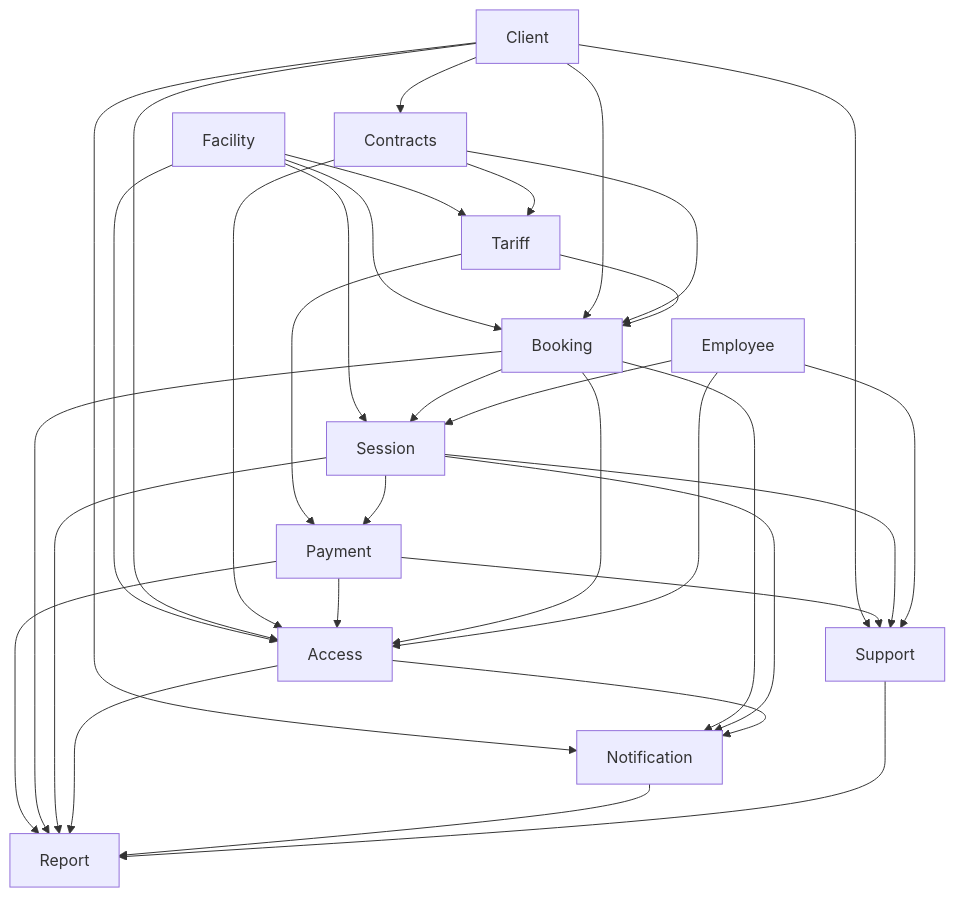
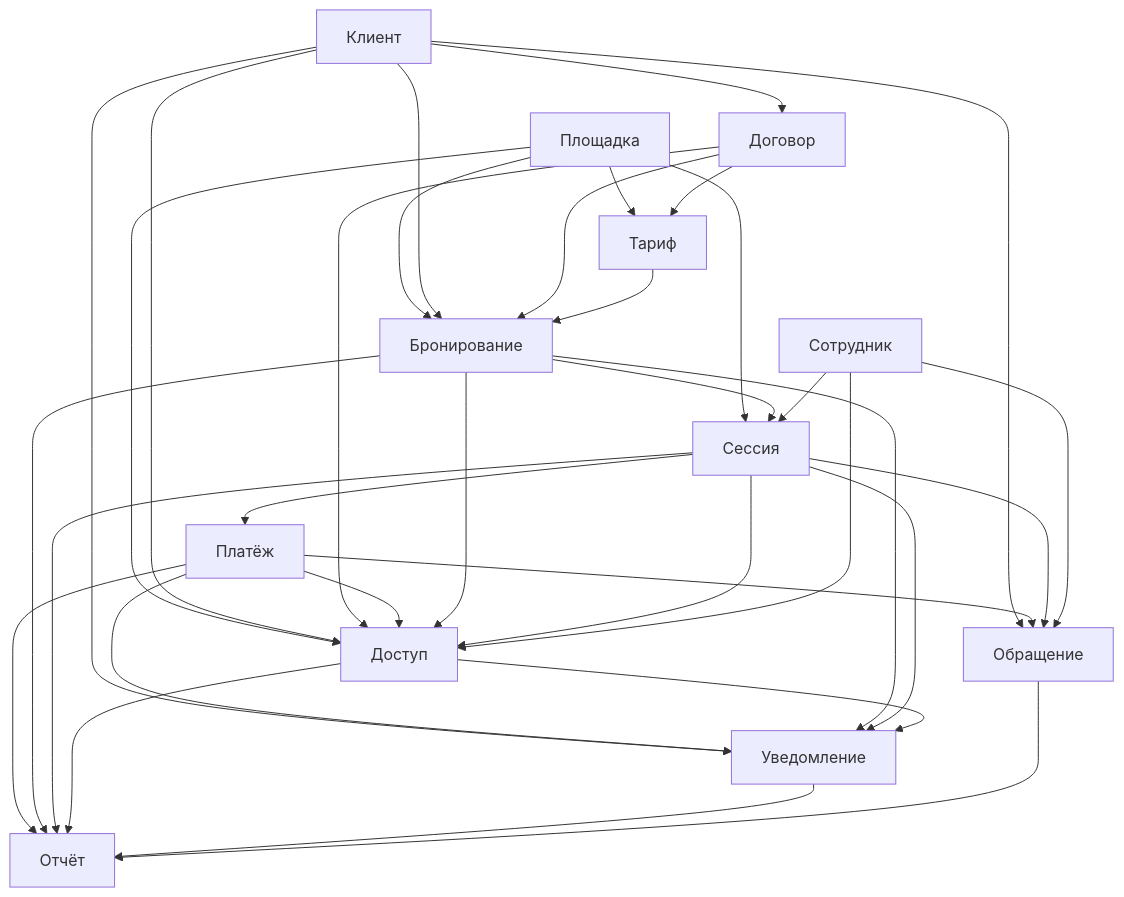
Before and after one commit to CeJIDb/sab-win-26-parking: the diagram in docs/architecture/ddd/ddd-bounded-contexts.md, drawn with Mermaid. The commit also changed other lines of this file and 2 other files, not shown here.

````diff
--- a/docs/architecture/ddd/ddd-bounded-contexts.md
+++ b/docs/architecture/ddd/ddd-bounded-contexts.md
@@ -82,44 +83,45 @@
 ```mermaid
 graph TD
-    FAC[Facility] --> BOOK[Booking]
-    FAC --> SES[Session]
-    FAC --> TAR[Tariff]
-    FAC --> ACC[Access]
+    FAC[Площадка] --> BOOK[Бронирование]
+    FAC --> SES[Сессия]
+    FAC --> TAR[Тариф]
+    FAC --> ACC[Доступ]
 
-    CLI[Client] --> BOOK
-    CLI --> CON[Contracts]
-    CLI --> NOT[Notification]
-    CLI --> SUP[Support]
+    CLI[Клиент] --> BOOK
+    CLI --> CON[Договор]
+    CLI --> NOT[Уведомление]
+    CLI --> SUP[Обращение]
     CLI --> ACC
 
     CON --> BOOK
     CON --> ACC
     CON --> TAR
 
-    PAY[Payment] --> ACC
+    PAY[Платёж] --> ACC
     PAY --> SUP
-    PAY --> REP[Report]
+    PAY --> REP[Отчёт]
+    PAY --> NOT[Уведомление]
 
     TAR --> BOOK
-    TAR --> PAY
 
     BOOK --> ACC
     BOOK --> SES
     BOOK --> NOT
     BOOK --> REP
 
+    SES --> ACC
     SES --> PAY
     SES --> NOT
     SES --> SUP
     SES --> REP
 
     ACC --> NOT
     ACC --> REP
 
-    EMP[Employee] --> ACC
+    EMP[Сотрудник] --> ACC
     EMP --> SES
     EMP --> SUP
 
     NOT --> REP
     SUP --> REP
 ```
````
